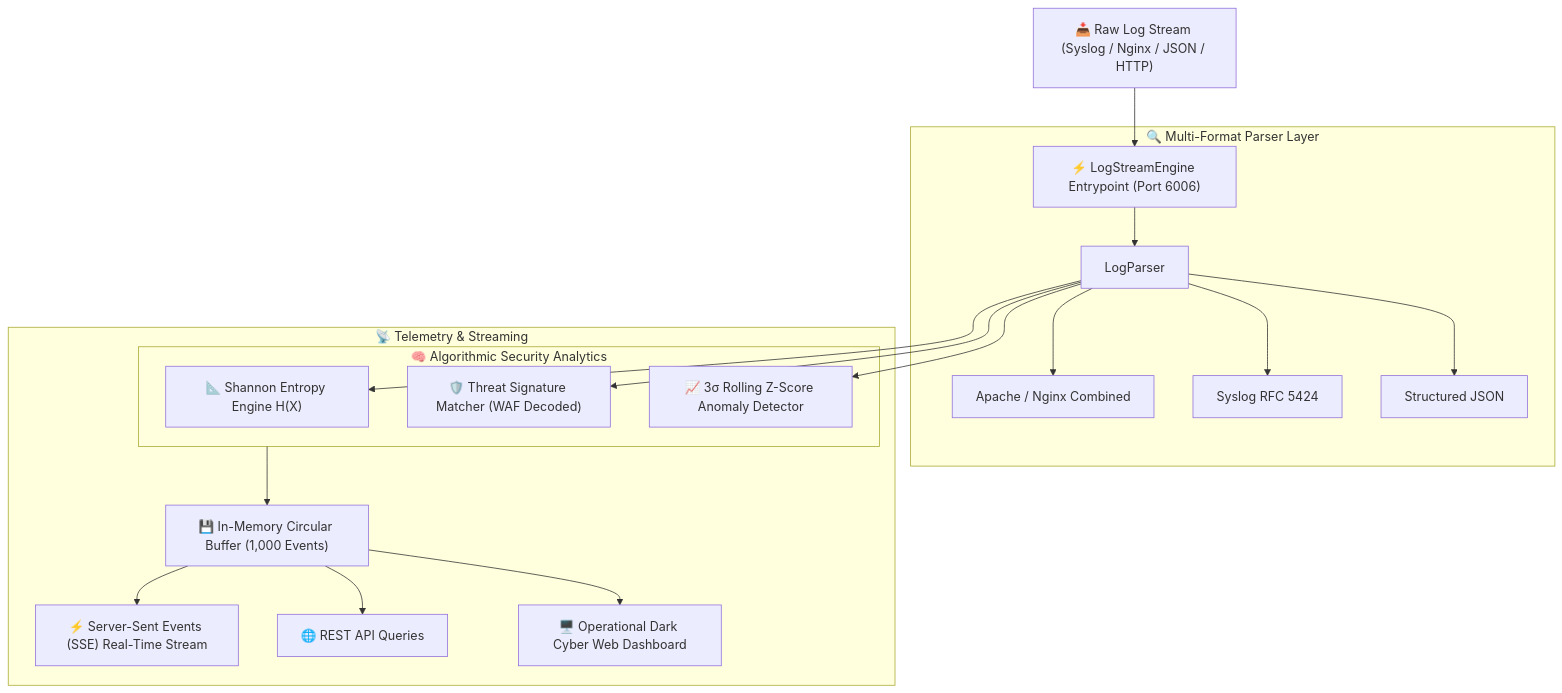
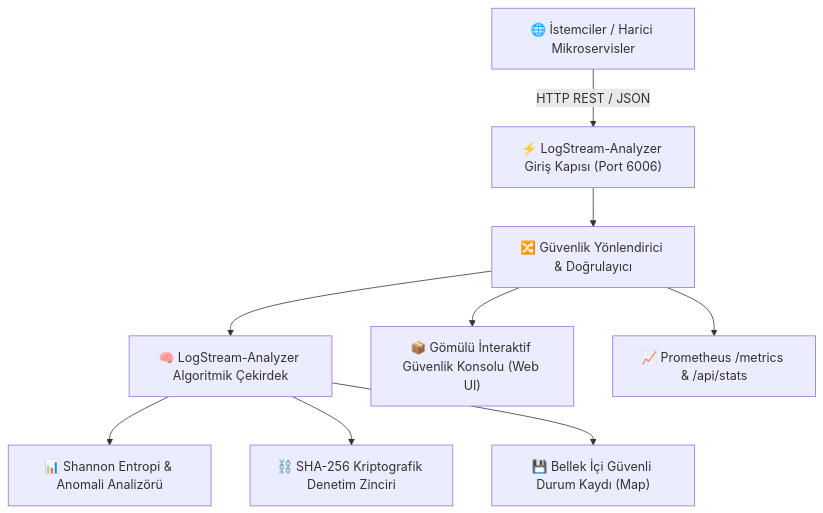
Before and after one commit to alinurettin/LogStream-Analyzer: the diagram in README.md, drawn with Mermaid. The commit also changed other lines of this file and 3 other files, not shown here.

````diff
--- a/README.md
+++ b/README.md
@@ -20,24 +53,11 @@
 ```mermaid
 flowchart TD
-    LogInput["📥 Raw Log Stream (Syslog / Nginx / JSON / HTTP)"] --> Dispatcher["⚡ LogStreamEngine Entrypoint (Port 6006)"]
-    
-    subgraph Parsing["🔍 Multi-Format Parser Layer"]
-        Dispatcher --> Parser["LogParser"]
-        Parser --> Nginx["Apache / Nginx Combined"]
-        Parser --> Syslog["Syslog RFC 5424"]
-        Parser --> JSON["Structured JSON"]
-    end
-
-    subgraph Analytics["🧠 Algorithmic Security Analytics"]
-        Parser --> Entropy["📐 Shannon Entropy Engine H(X)"]
-        Parser --> Threat["🛡️ Threat Signature Matcher (WAF Decoded)"]
-        Parser --> Rolling["📈 3σ Rolling Z-Score Anomaly Detector"]
-    end
-
-    subgraph Distribution["📡 Telemetry & Streaming"]
-        Analytics --> RingBuffer["💾 In-Memory Circular Buffer (1,000 Events)"]
-        RingBuffer --> SSE["⚡ Server-Sent Events (SSE) Real-Time Stream"]
-        RingBuffer --> REST["🌐 REST API Queries"]
-        RingBuffer --> Dashboard["🖥️ Operational Dark Cyber Web Dashboard"]
-    end
+    Client["🌐 İstemciler / Harici Mikroservisler"] -->|HTTP REST / JSON| Entrypoint["⚡ LogStream-Analyzer Giriş Kapısı (Port 6006)"]
+    Entrypoint --> Dispatcher["🔀 Güvenlik Yönlendirici & Doğrulayıcı"]
+    Dispatcher --> CoreEngine["🧠 LogStream-Analyzer Algoritmik Çekirdek"]
+    CoreEngine --> Entropy["📊 Shannon Entropi & Anomali Analizörü"]
+    CoreEngine --> HashChain["⛓️ SHA-256 Kriptografik Denetim Zinciri"]
+    CoreEngine --> Storage["💾 Bellek İçi Güvenli Durum Kaydı (Map)"]
+    Dispatcher --> WebUI["📦 Gömülü İnteraktif Güvenlik Konsolu (Web UI)"]
+    Dispatcher --> Telemetry["📈 Prometheus /metrics & /api/stats"]
 ```
````
